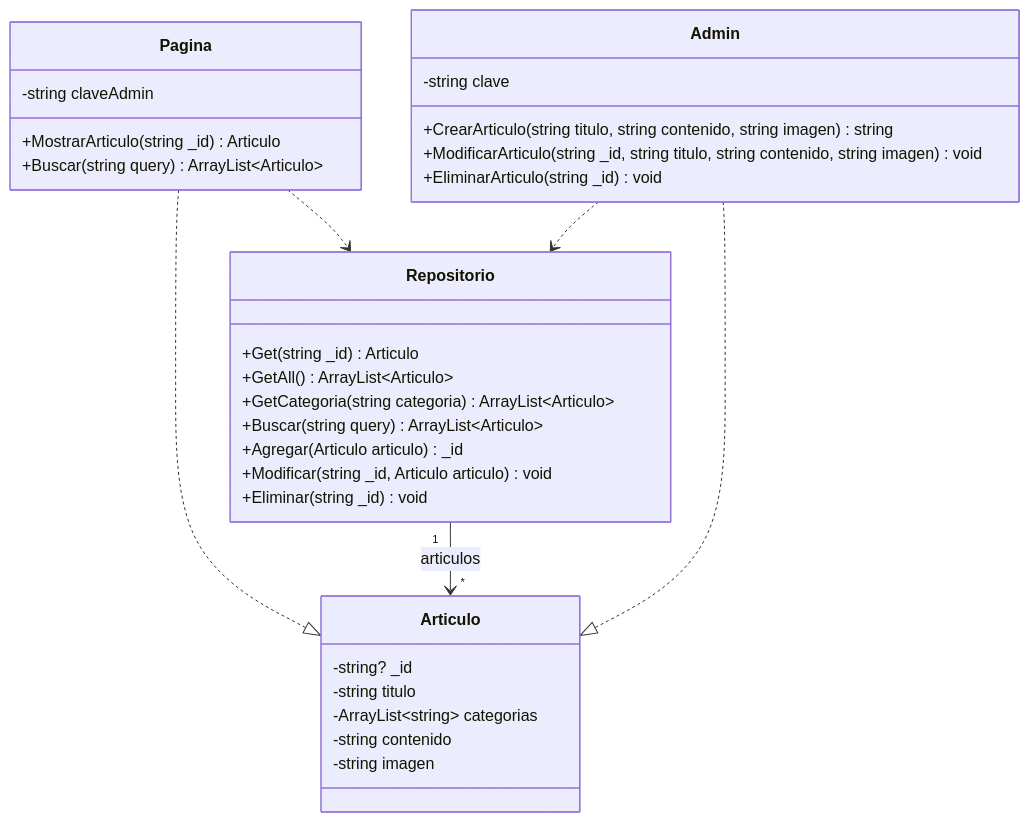
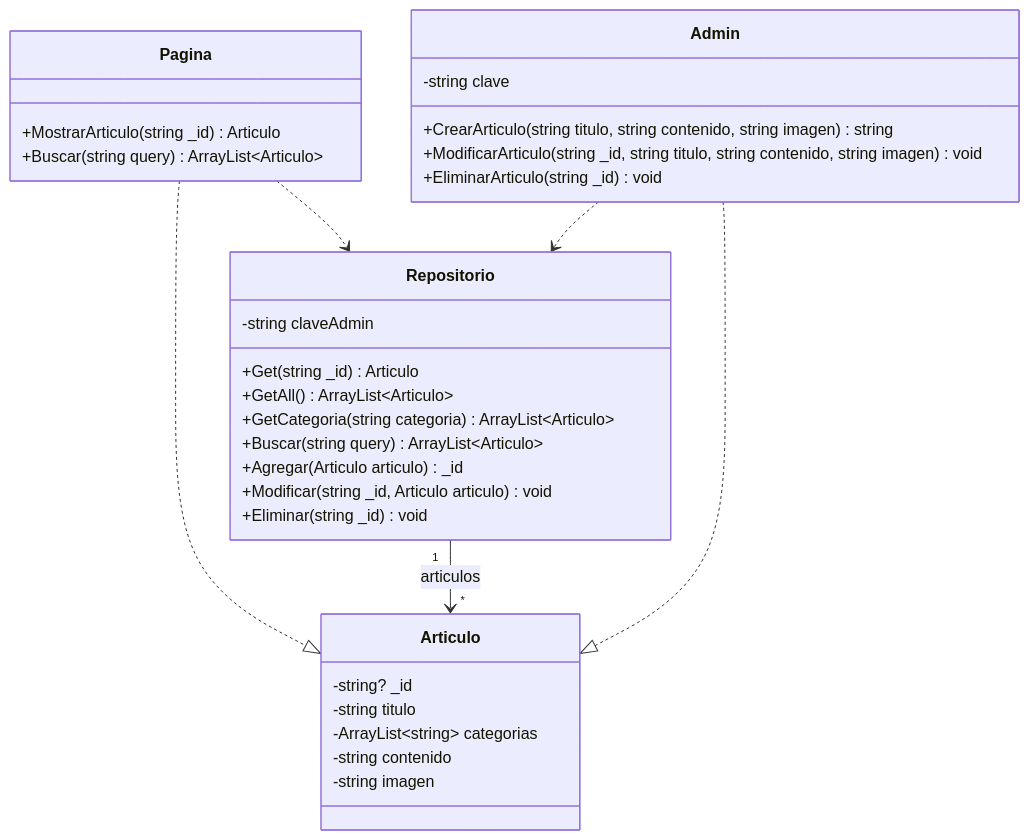
The diagram in diagramaClases.md (EzeKoren/wiki-pnt1), drawn with Mermaid before and after one commit. The commit also changed other lines of this file, not shown here.

Commit message:
Cambio clave admin

````diff
--- a/diagramaClases.md
+++ b/diagramaClases.md
@@ -3,41 +3,41 @@
 ```mermaid
 classDiagram
     class Pagina {
-        -string claveAdmin
         +MostrarArticulo(string _id) Articulo
         +Buscar(string query) ArrayList~Articulo~
     }
 
     class Articulo {
         -string? _id
         -string titulo
         -ArrayList~string~ categorias
         -string contenido
         -string imagen
     }
 
     class Admin {
         -string clave
         +CrearArticulo(string titulo, string contenido, string imagen) string
         +ModificarArticulo(string _id, string titulo, string contenido, string imagen) void
         +EliminarArticulo(string _id) void 
     }
 
     class Repositorio {
+        -string claveAdmin
         +Get(string _id) Articulo
         +GetAll() ArrayList~Articulo~
         +GetCategoria(string categoria) ArrayList~Articulo~
         +Buscar(string query) ArrayList~Articulo~
         +Agregar(Articulo articulo) _id
         +Modificar(string _id, Articulo articulo) void
         +Eliminar(string _id) void
 
     }
 
     Pagina ..> Repositorio
     Pagina ..|> Articulo
     Repositorio "1"-->"*" Articulo : articulos
     Admin ..> Repositorio
     Admin ..|> Articulo
 
 ```
````
